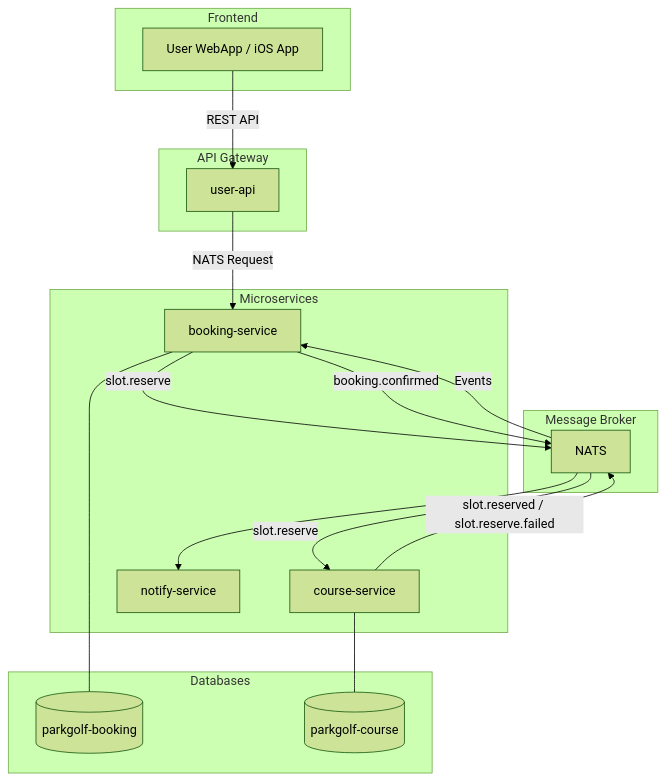
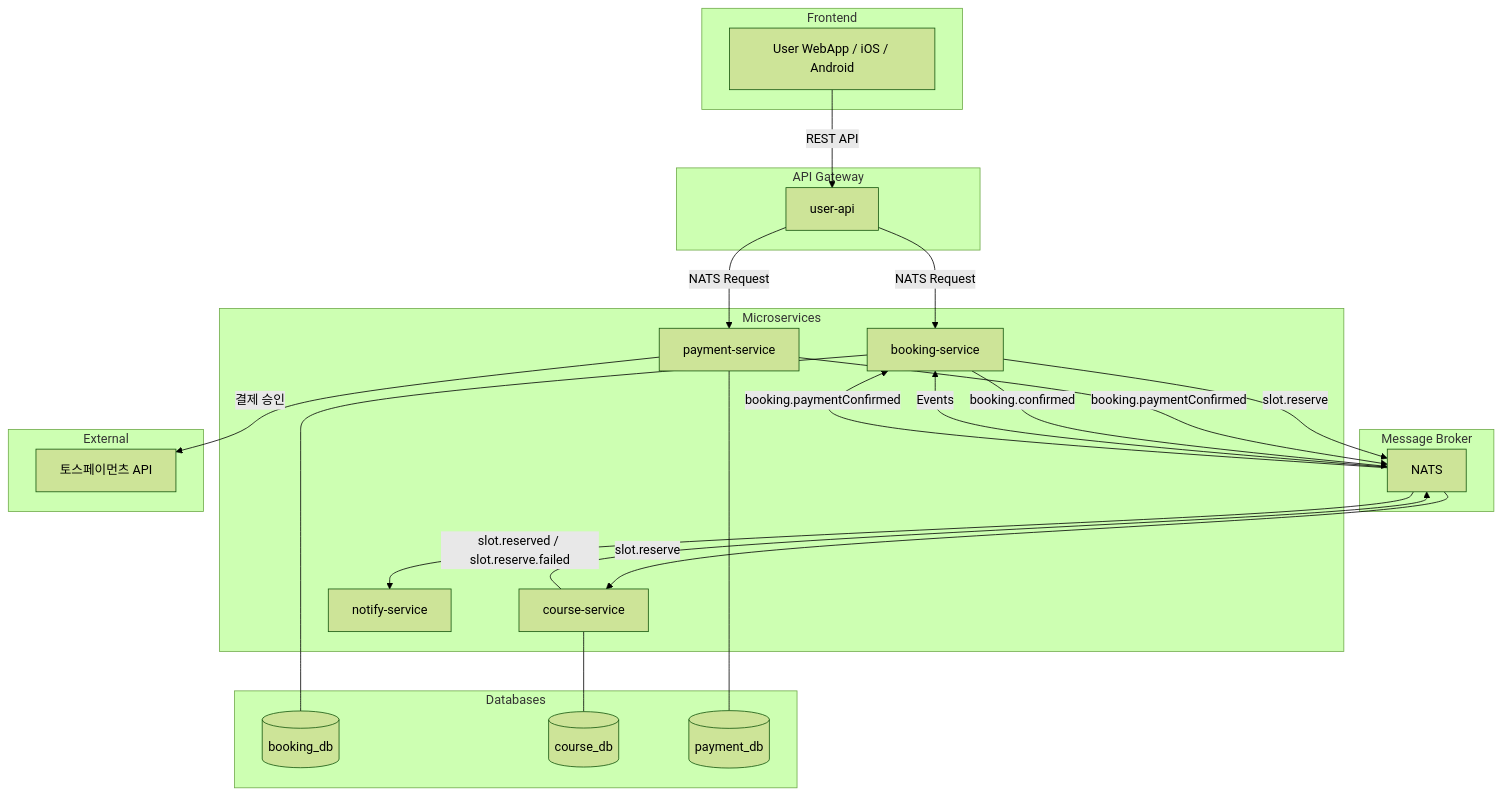
One commit to uniyous/parkgolf-platform changed the first of 12 diagrams in docs/BOOKING_WORKFLOW.md. Above: the diagram before and after it, drawn with Mermaid (forest theme). The commit also changed other lines of this file and 4 other files, not shown here.

````diff
--- a/docs/BOOKING_WORKFLOW.md
+++ b/docs/BOOKING_WORKFLOW.md
@@ -53,36 +55,47 @@
 ```mermaid
 flowchart TB
     subgraph "Frontend"
-        A[User WebApp / iOS App]
+        A[User WebApp / iOS / Android]
     end
 
     subgraph "API Gateway"
         B[user-api]
     end
 
     subgraph "Microservices"
         C[booking-service]
         D[course-service]
+        P[payment-service]
         E[notify-service]
     end
 
     subgraph "Message Broker"
         NATS[NATS]
     end
 
     subgraph "Databases"
-        F[(parkgolf-booking)]
-        G[(parkgolf-course)]
+        F[(booking_db)]
+        G[(course_db)]
+        H[(payment_db)]
+    end
+
+    subgraph "External"
+        TOSS[토스페이먼츠 API]
     end
 
     A -->|REST API| B
     B -->|NATS Request| C
+    B -->|NATS Request| P
     C -->|slot.reserve| NATS
     NATS -->|slot.reserve| D
     D -->|slot.reserved / slot.reserve.failed| NATS
     NATS -->|Events| C
+    P -->|booking.paymentConfirmed| NATS
+    NATS -->|booking.paymentConfirmed| C
     C -->|booking.confirmed| NATS
     NATS --> E
+    P -->|결제 승인| TOSS
     C --- F
     D --- G
+    P --- H
 ```
````
